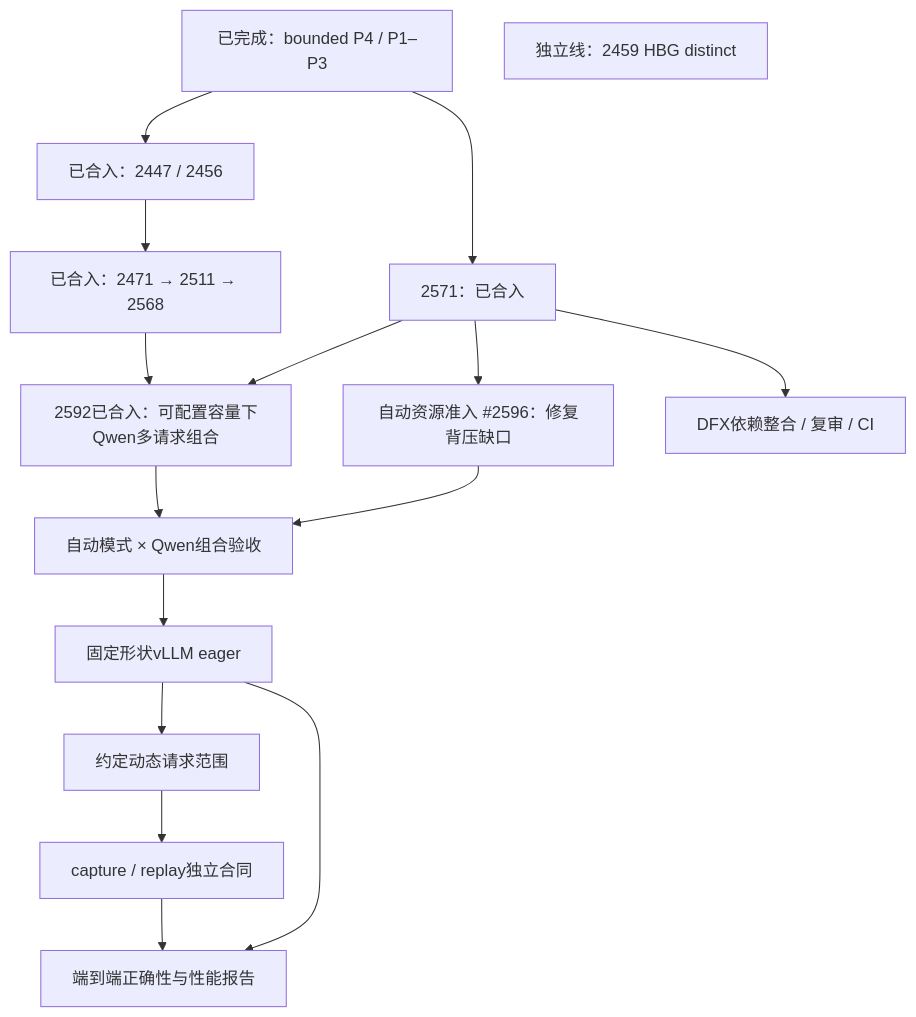
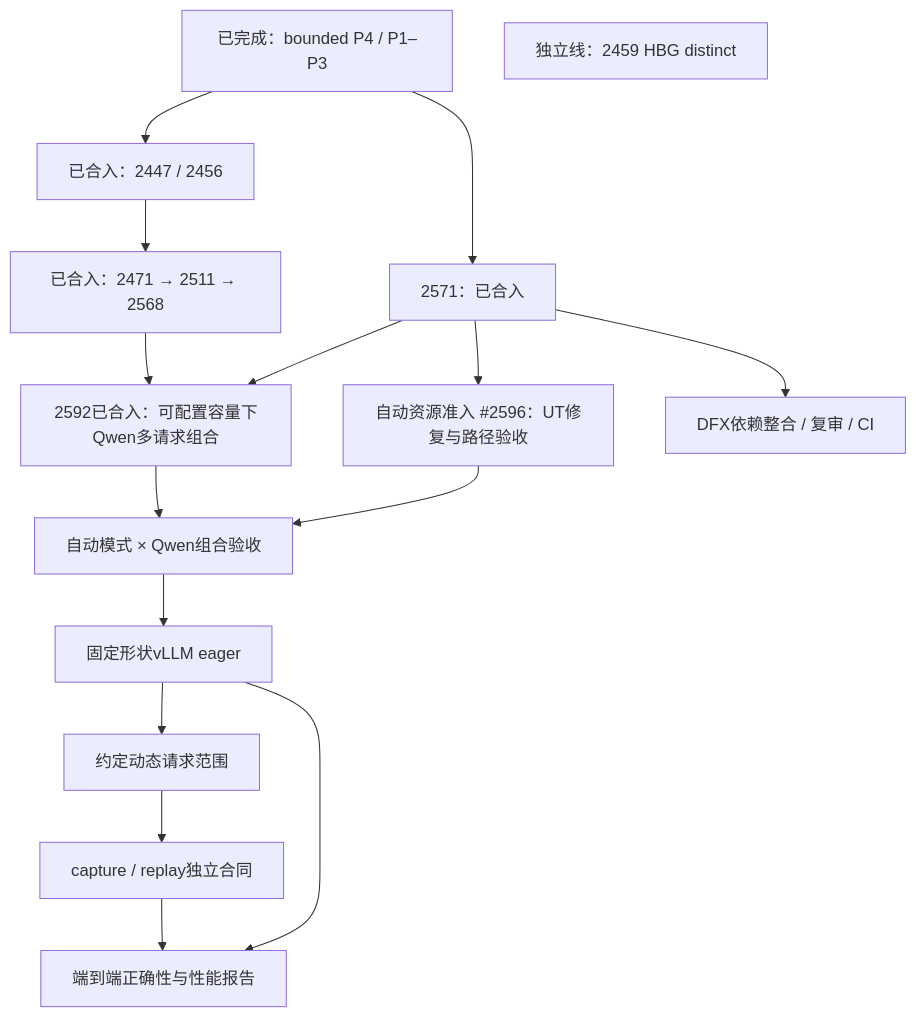
The diagram in references/pipeline-a/run-pipeline-track-a.md (ChaoWao/simpler-fork), drawn with Mermaid before and after one commit. The commit also changed other lines of this file and 9 other files, not shown here.

````diff
--- a/references/pipeline-a/run-pipeline-track-a.md
+++ b/references/pipeline-a/run-pipeline-track-a.md
@@ -62,18 +65,18 @@
 ```mermaid
 flowchart TD
   S1[已完成：bounded P4 / P1–P3] --> S2[已合入：2447 / 2456]
   S2 --> S3[已合入：2471 → 2511 → 2568]
   S1 --> R1[2571：已合入]
-  R1 --> A[自动资源准入 #2596：修复背压缺口]
+  R1 --> A[自动资源准入 #2596：UT修复与路径验收]
   A --> C[自动模式 × Qwen组合验收]
   R1 --> Q[2592已合入：可配置容量下Qwen多请求组合]
   S3 --> Q
   Q --> C
   R1 --> D[DFX依赖整合 / 复审 / CI]
   C --> E[固定形状vLLM eager]
   E --> F[约定动态请求范围]
   F --> G[capture / replay独立合同]
   E --> H[端到端正确性与性能报告]
   G --> H
   X[独立线：2459 HBG distinct]
 ```
````
